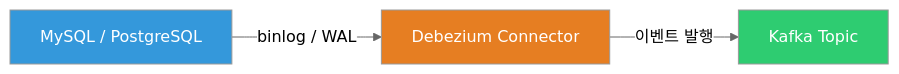
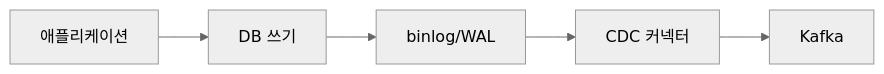
Before and after one commit to yjkim2015/yjkim2015.github.io: the third of 6 diagrams in _posts/kafka/2026-05-01-kafka-outbox-cdc.md, drawn with Mermaid (neutral theme). The commit also changed other lines of this file and 4 other files, not shown here.

````diff
--- a/_posts/kafka/2026-05-01-kafka-outbox-cdc.md
+++ b/_posts/kafka/2026-05-01-kafka-outbox-cdc.md
@@ -162,11 +518,7 @@
 ```mermaid
-flowchart LR
-    DB["MySQL / PostgreSQL"]
-    DEB["Debezium Connector"]
-    KAFKA["Kafka Topic"]
-    DB -->|"binlog / WAL"| DEB
-    DEB -->|"이벤트 발행"| KAFKA
-    style DB fill:#3498db,color:#fff
-    style DEB fill:#e67e22,color:#fff
-    style KAFKA fill:#2ecc71,color:#fff
+graph LR
+    APP["애플리케이션"] --> DB["DB 쓰기"]
+    DB --> LOG["binlog/WAL"]
+    LOG --> CDC["CDC 커넥터"]
+    CDC --> KAFKA["Kafka"]
 ```
````
